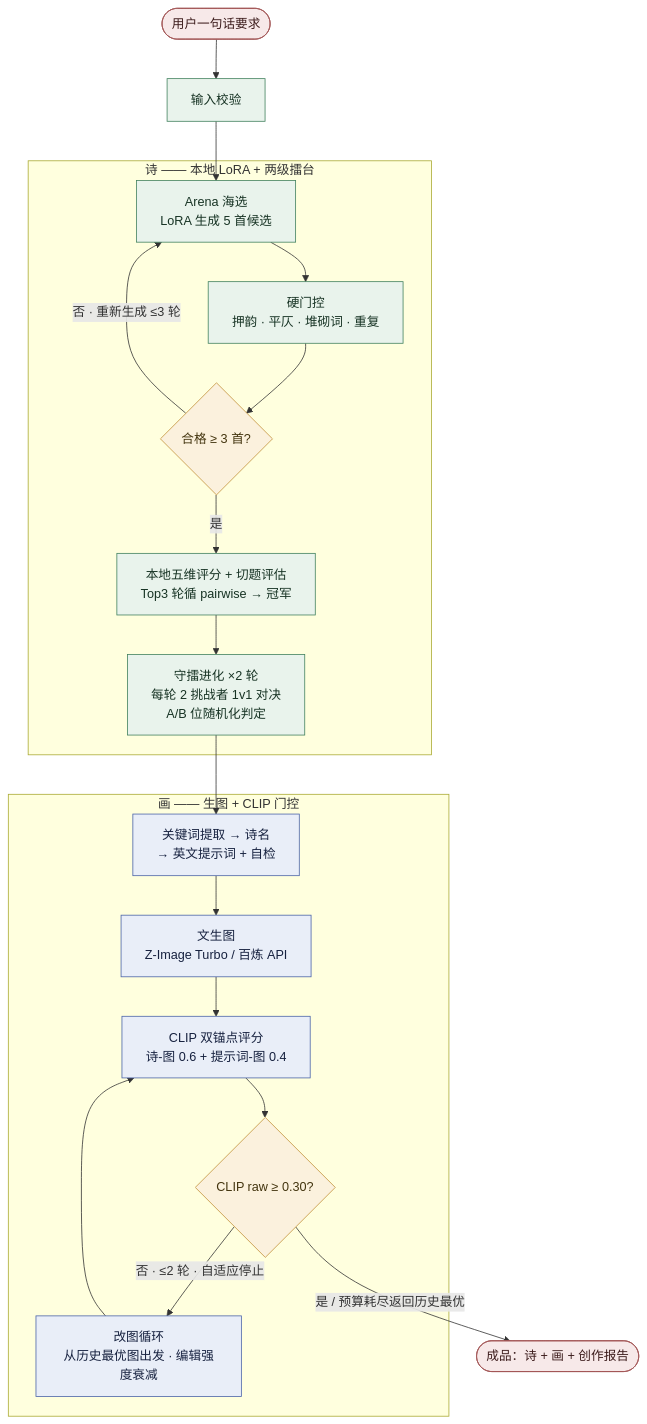
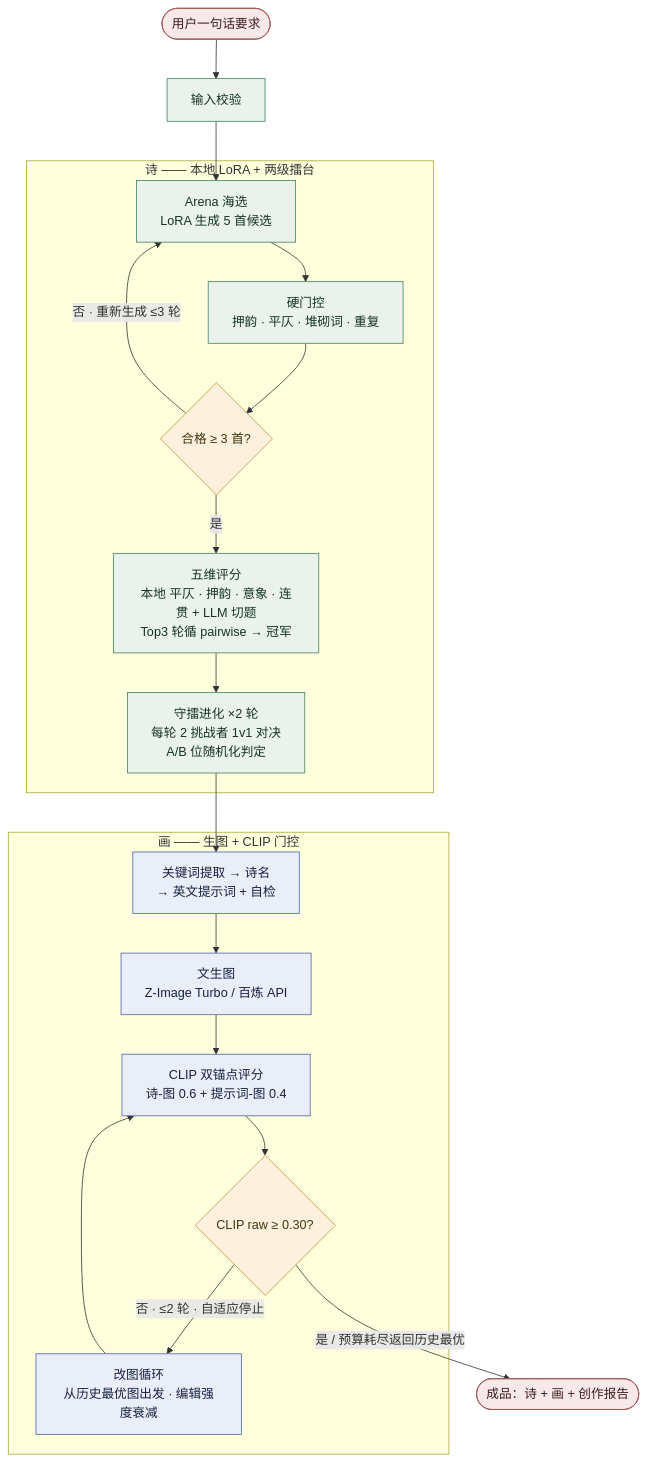
One commit to Judy-Liu118/InkVerse changed the diagram in README.md. Above: the diagram before and after it, drawn with Mermaid.

Commit message:
docs(readme): 流程图拆开五维评分的本地项与 LLM 项 · 此前「本地五维评分 + 切题评估」易读作切题也在本地算
平仄/押韵/意象/连贯四项是本地规则算的，切题分走 LLM（score_topic_fit，
失败时才回退 _heuristic_topic_scores）。原文并列书写看不出这一层。

Claude-Session: https://claude.ai/code/session_01BRHmTQ42wZ9TKrn7y4SkF3

````diff
--- a/README.md
+++ b/README.md
@@ -56,32 +56,32 @@
 ```mermaid
 flowchart TD
     A(["用户一句话要求"]) --> B["输入校验"]
 
     subgraph P ["诗 —— 本地 LoRA + 两级擂台"]
         C["Arena 海选<br>LoRA 生成 5 首候选"] --> D["硬门控<br>押韵 · 平仄 · 堆砌词 · 重复"]
         D --> E{"合格 ≥ 3 首?"}
         E -- "否 · 重新生成 ≤3 轮" --> C
-        E -- "是" --> F["本地五维评分 + 切题评估<br>Top3 轮循 pairwise → 冠军"]
+        E -- "是" --> F["五维评分<br>本地 平仄 · 押韵 · 意象 · 连贯 + LLM 切题<br>Top3 轮循 pairwise → 冠军"]
         F --> G["守擂进化 ×2 轮<br>每轮 2 挑战者 1v1 对决<br>A/B 位随机化判定"]
     end
     B --> C
 
     subgraph I ["画 —— 生图 + CLIP 门控"]
         H["关键词提取 → 诗名<br>→ 英文提示词 + 自检"] --> J["文生图<br>Z-Image Turbo / 百炼 API"]
         J --> K["CLIP 双锚点评分<br>诗-图 0.6 + 提示词-图 0.4"]
         K --> L{"CLIP raw ≥ 0.30?"}
         L -- "否 · ≤2 轮 · 自适应停止" --> M["改图循环<br>从历史最优图出发 · 编辑强度衰减"]
         M --> K
     end
     G --> H
     L -- "是 / 预算耗尽返回历史最优" --> Z(["成品：诗 + 画 + 创作报告"])
 
     classDef poem fill:#e9f3ec,stroke:#41805e,color:#173324
     classDef img  fill:#e9eef8,stroke:#4a63a8,color:#16213f
     classDef gate fill:#fbf1dd,stroke:#c2913a,color:#43350f
     classDef ends fill:#f7e9e9,stroke:#a25454,color:#3c1c1c
     class B,C,D,F,G poem
     class H,J,K,M img
     class E,L gate
     class A,Z ends
 ```
````
